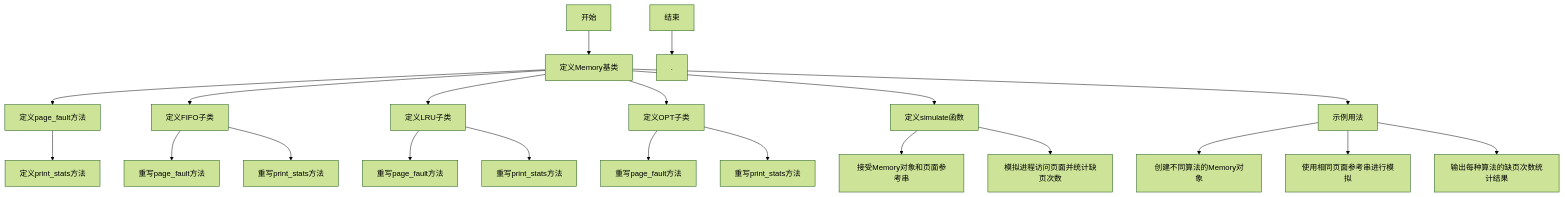
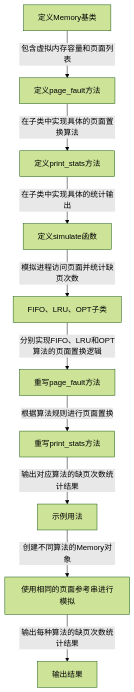
Before and after one commit to alex-1263/note: the diagram in 00 Inbox/存储器管理实验流程图.md, drawn with Mermaid (forest theme). The commit also changed 2 other files, not shown here.

Commit message:
vault backup: 2023-12-11 01:38:20

````diff
--- a/00 Inbox/存储器管理实验流程图.md
+++ b/00 Inbox/存储器管理实验流程图.md
@@ -1,24 +1,13 @@
 ```mermaid
 graph TD
-  A[开始] --> B[定义Memory基类]
-  B --> C[定义page_fault方法]
-  C --> D[定义print_stats方法]
-  B --> E[定义FIFO子类]
-  E --> F[重写page_fault方法]
-  E --> G[重写print_stats方法]
-  B --> H[定义LRU子类]
-  H --> I[重写page_fault方法]
-  H --> J[重写print_stats方法]
-  B --> K[定义OPT子类]
-  K --> L[重写page_fault方法]
-  K --> M[重写print_stats方法]
-  B --> N[定义simulate函数]
-  N --> O[接受Memory对象和页面参考串]
-  N --> P[模拟进程访问页面并统计缺页次数]
-  B --> Q[示例用法]
-  Q --> R[创建不同算法的Memory对象]
-  Q --> S[使用相同页面参考串进行模拟]
-  Q --> T[输出每种算法的缺页次数统计结果]
-  U[结束] --> V[.]
+  A[定义Memory基类] -->|包含虚拟内存容量和页面列表| B[定义page_fault方法]
+  B -->|在子类中实现具体的页面置换算法| C[定义print_stats方法]
+  C -->|在子类中实现具体的统计输出| D[定义simulate函数]
+  D -->|模拟进程访问页面并统计缺页次数| E[FIFO、LRU、OPT子类]
+  E -->|分别实现FIFO、LRU和OPT算法的页面置换逻辑| F[重写page_fault方法]
+  F -->|根据算法规则进行页面置换| G[重写print_stats方法]
+  G -->|输出对应算法的缺页次数统计结果| H[示例用法]
+  H -->|创建不同算法的Memory对象| I[使用相同的页面参考串进行模拟]
+  I -->|输出每种算法的缺页次数统计结果| J[输出结果]
 
 ```
````
